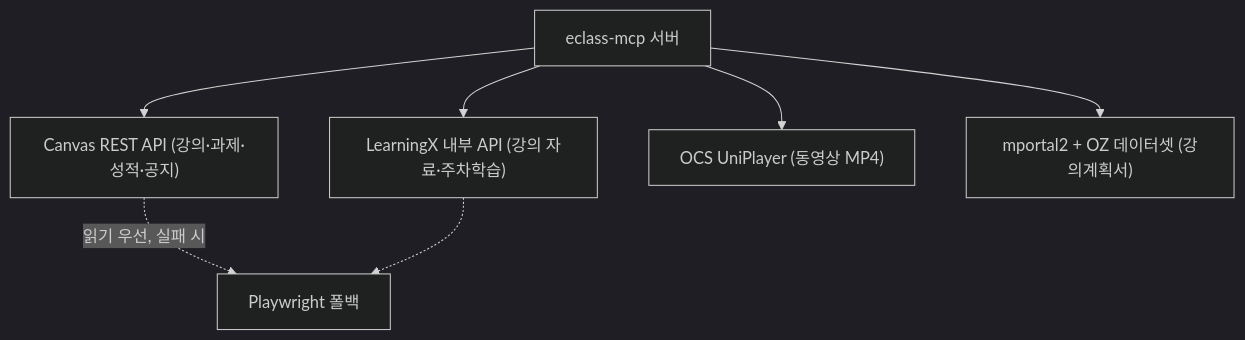
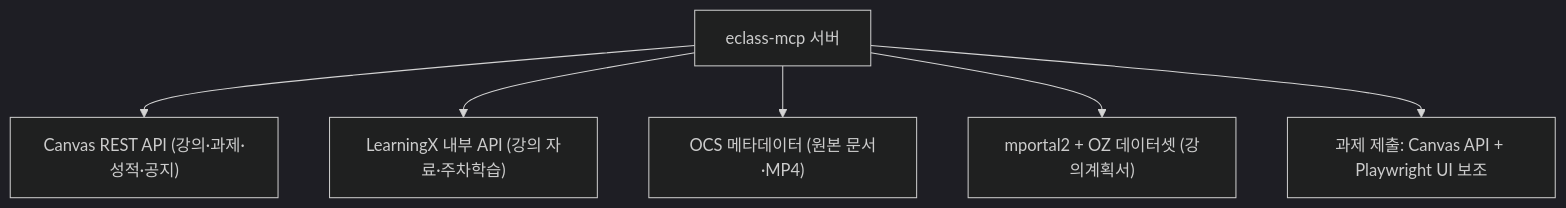
Before and after one commit to jseook11/cau-eclass-mcp: the second of 2 diagrams in README.md, drawn with Mermaid (dark theme). The commit also changed other lines of this file and 49 other files, not shown here.

````diff
--- a/README.md
+++ b/README.md
@@ -110,9 +110,8 @@
 ```mermaid
 flowchart TD
     S["eclass-mcp 서버"] --> C["Canvas REST API (강의·과제·성적·공지)"]
     S --> L["LearningX 내부 API (강의 자료·주차학습)"]
-    S --> O["OCS UniPlayer (동영상 MP4)"]
+    S --> O["OCS 메타데이터 (원본 문서·MP4)"]
     S --> M["mportal2 + OZ 데이터셋 (강의계획서)"]
-    C -.->|"읽기 우선, 실패 시"| P["Playwright 폴백"]
-    L -.-> P
+    S --> A["과제 제출: Canvas API + Playwright UI 보조"]
 ```
````
